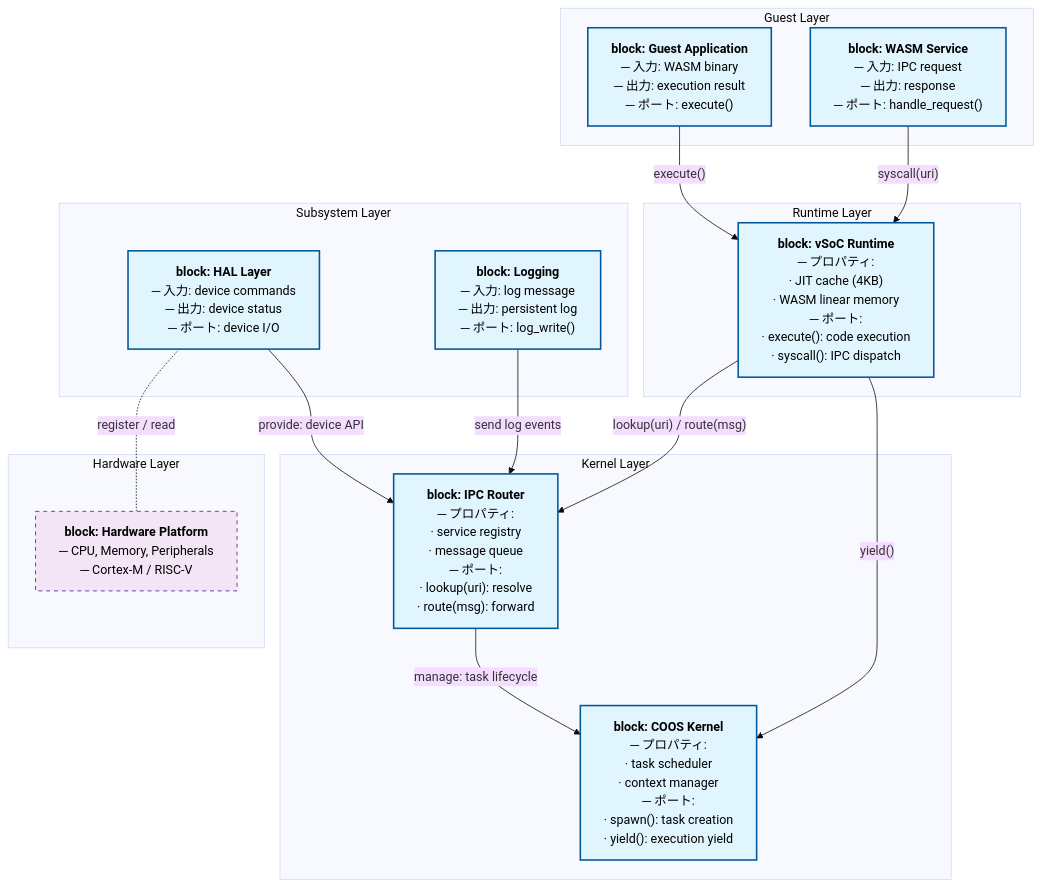
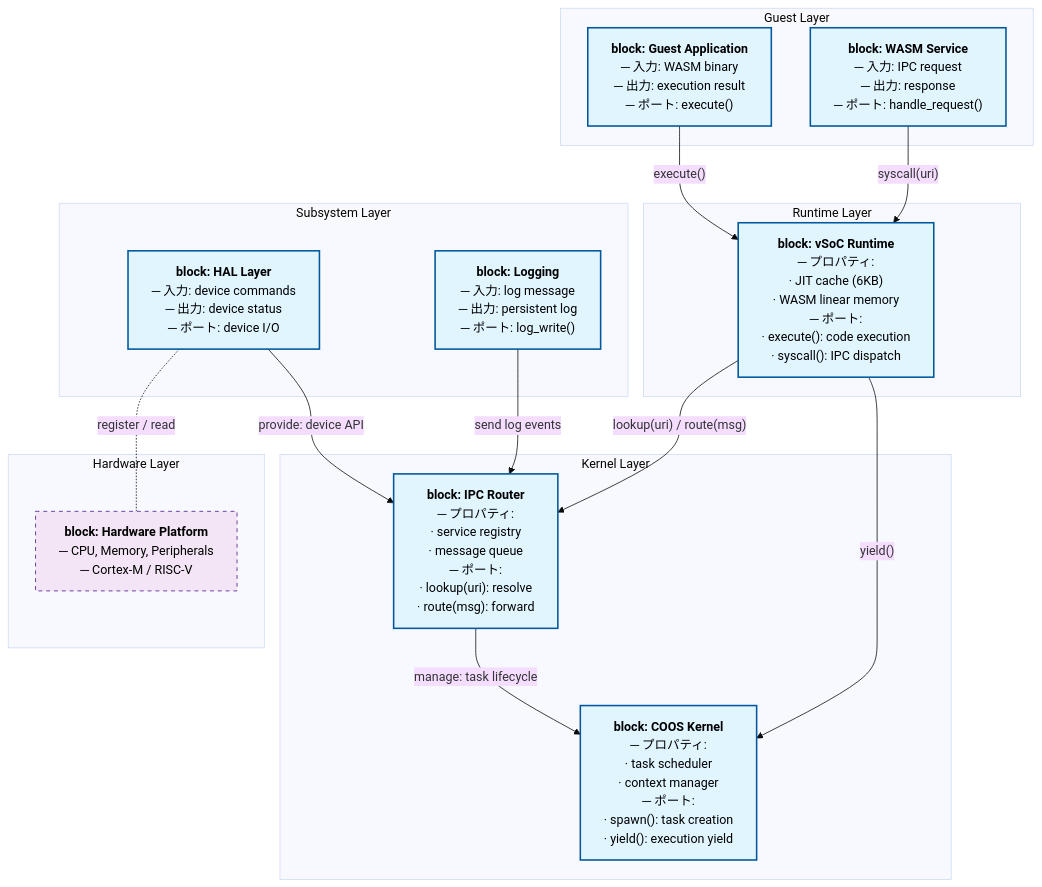
The first of 3 diagrams in docs/architecture/architecture_overview.md (kmt-t/fireball), drawn with Mermaid (base theme) before and after one commit. The commit also changed other lines of this file and 8 other files, not shown here.

Commit message:
docs: resolve semantic inconsistencies, align JIT cache size to 6KB, clarify recovery contracts and unify error codes

````diff
--- a/docs/architecture/architecture_overview.md
+++ b/docs/architecture/architecture_overview.md
@@ -33,41 +33,41 @@
 ```mermaid
 graph TD
     classDef blockStyle fill:#e1f5ff,stroke:#01579b,stroke-width:2px,color:#000;
     classDef hwStyle fill:#f3e5f5,stroke:#4a148c,stroke-width:1px,stroke-dasharray: 5 5,color:#000;
 
     subgraph Guest["Guest Layer"]
         App["<b>block: Guest Application</b><br/>─ 入力: WASM binary<br/>─ 出力: execution result<br/>─ ポート: execute()"]:::blockStyle
         Svc["<b>block: WASM Service</b><br/>─ 入力: IPC request<br/>─ 出力: response<br/>─ ポート: handle_request()"]:::blockStyle
     end
 
     subgraph Runtime["Runtime Layer"]
-        vSoC["<b>block: vSoC Runtime</b><br/>─ プロパティ:<br/>  · JIT cache (4KB)<br/>  · WASM linear memory<br/>─ ポート:<br/>  · execute(): code execution<br/>  · syscall(): IPC dispatch"]:::blockStyle
+        vSoC["<b>block: vSoC Runtime</b><br/>─ プロパティ:<br/>  · JIT cache (6KB)<br/>  · WASM linear memory<br/>─ ポート:<br/>  · execute(): code execution<br/>  · syscall(): IPC dispatch"]:::blockStyle
     end
 
     subgraph Kernel["Kernel Layer"]
         COOS["<b>block: COOS Kernel</b><br/>─ プロパティ:<br/>  · task scheduler<br/>  · context manager<br/>─ ポート:<br/>  · spawn(): task creation<br/>  · yield(): execution yield"]:::blockStyle
         IPCR["<b>block: IPC Router</b><br/>─ プロパティ:<br/>  · service registry<br/>  · message queue<br/>─ ポート:<br/>  · lookup(uri): resolve<br/>  · route(msg): forward"]:::blockStyle
     end
 
     subgraph Subsystem["Subsystem Layer"]
         HAL["<b>block: HAL Layer</b><br/>─ 入力: device commands<br/>─ 出力: device status<br/>─ ポート: device I/O"]:::blockStyle
         Log["<b>block: Logging</b><br/>─ 入力: log message<br/>─ 出力: persistent log<br/>─ ポート: log_write()"]:::blockStyle
     end
 
     subgraph Hardware["Hardware Layer"]
         HW["<b>block: Hardware Platform</b><br/>─ CPU, Memory, Peripherals<br/>─ Cortex-M / RISC-V"]:::hwStyle
     end
 
     %% 依存関係 (上から下へ)
     App -->|"execute()"| vSoC
     Svc -->|"syscall(uri)"| vSoC
     
     vSoC -->|"yield()"| COOS
     vSoC -->|"lookup(uri) / route(msg)"| IPCR
     
     IPCR -->|"manage: task lifecycle"| COOS
     HAL -->|"provide: device API"| IPCR
     Log -->|"send log events"| IPCR
     
     HAL -.-|"register / read"| HW
 ```
````
